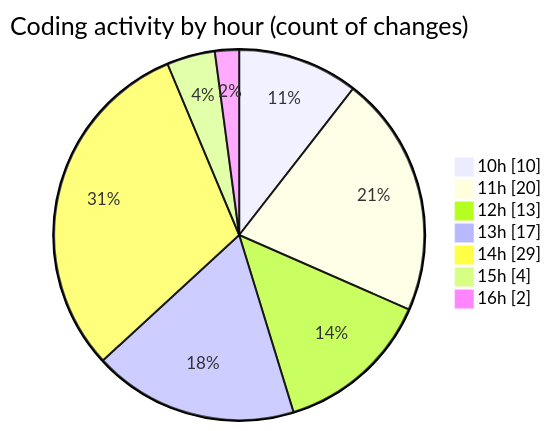
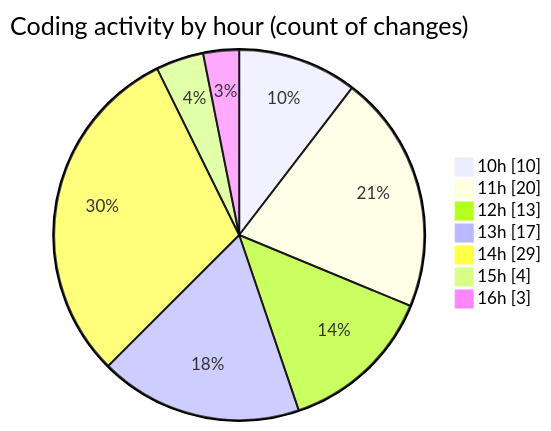
One commit to BS-eng2023/code-tracking changed the second of 2 diagrams in 2025-03-31/jsvms/README.md. Above: the diagram before and after it, drawn with Mermaid. The commit also changed other lines of this file and 1 other file, not shown here.

````diff
--- a/2025-03-31/jsvms/README.md
+++ b/2025-03-31/jsvms/README.md
@@ -60,11 +60,11 @@
 ```mermaid
 pie showData
 title Coding activity by hour (count of changes)
 "10h" : 10
 "11h" : 20
 "12h" : 13
 "13h" : 17
 "14h" : 29
 "15h" : 4
-"16h" : 2
+"16h" : 3
 ```
````
